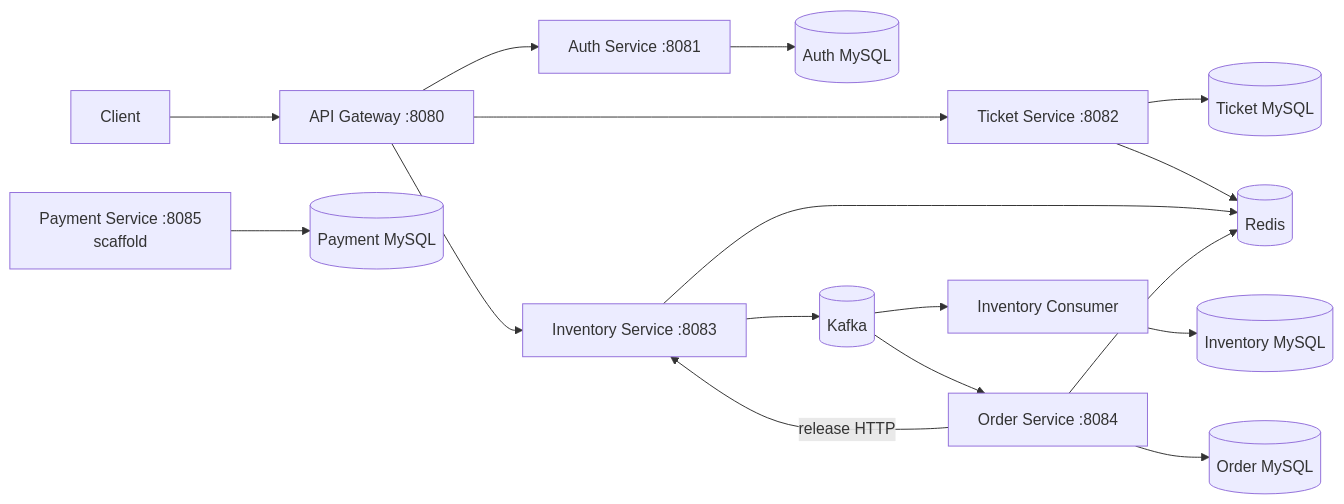
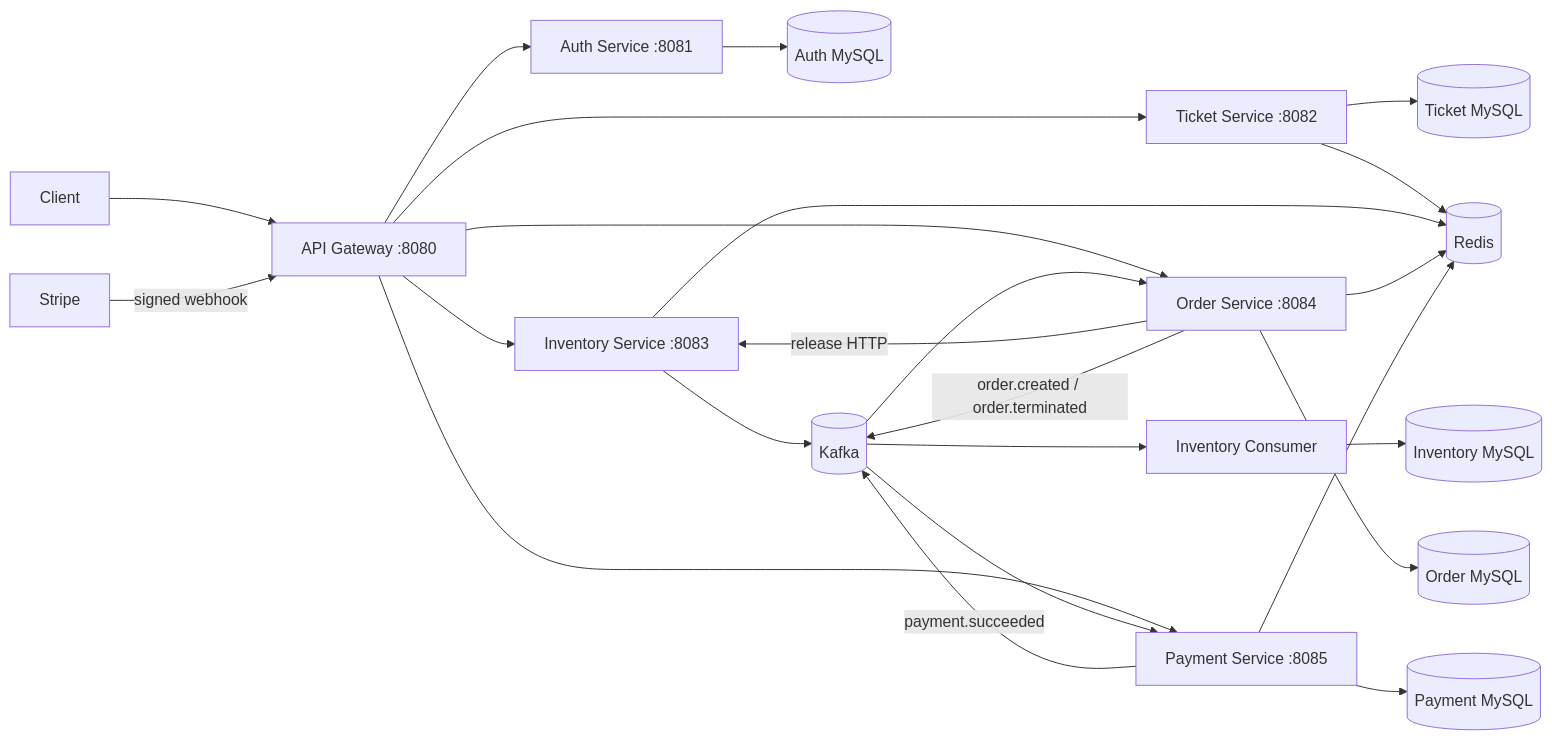
The diagram in DEVELOPMENT.md (kairui1012/flashticket), drawn with Mermaid before and after one commit. The commit also changed other lines of this file and 15 other files, not shown here.

````diff
--- a/DEVELOPMENT.md
+++ b/DEVELOPMENT.md
@@ -36,23 +42,30 @@
 ```mermaid
 flowchart LR
     Client[Client] --> Gateway[API Gateway :8080]
     Gateway --> Auth[Auth Service :8081]
     Gateway --> Ticket[Ticket Service :8082]
     Gateway --> Inventory[Inventory Service :8083]
+    Gateway --> Order[Order Service :8084]
+    Gateway --> Payment[Payment Service :8085]
+    Stripe[Stripe] -->|signed webhook| Gateway
 
     Auth --> AuthDB[(Auth MySQL)]
     Ticket --> TicketDB[(Ticket MySQL)]
     Ticket --> Redis[(Redis)]
 
     Inventory --> Redis
     Inventory --> Kafka[(Kafka)]
     Kafka --> InventoryConsumer[Inventory Consumer]
-    Kafka --> Order[Order Service :8084]
+    Kafka --> Order
     InventoryConsumer --> InventoryDB[(Inventory MySQL)]
 
     Order --> OrderDB[(Order MySQL)]
     Order --> Redis
     Order -->|release HTTP| Inventory
+    Order -->|order.created / order.terminated| Kafka
 
-    Payment[Payment Service :8085<br/>scaffold] --> PaymentDB[(Payment MySQL)]
+    Kafka --> Payment
+    Payment --> PaymentDB[(Payment MySQL)]
+    Payment --> Redis
+    Payment -->|payment.succeeded| Kafka
 ```
````
